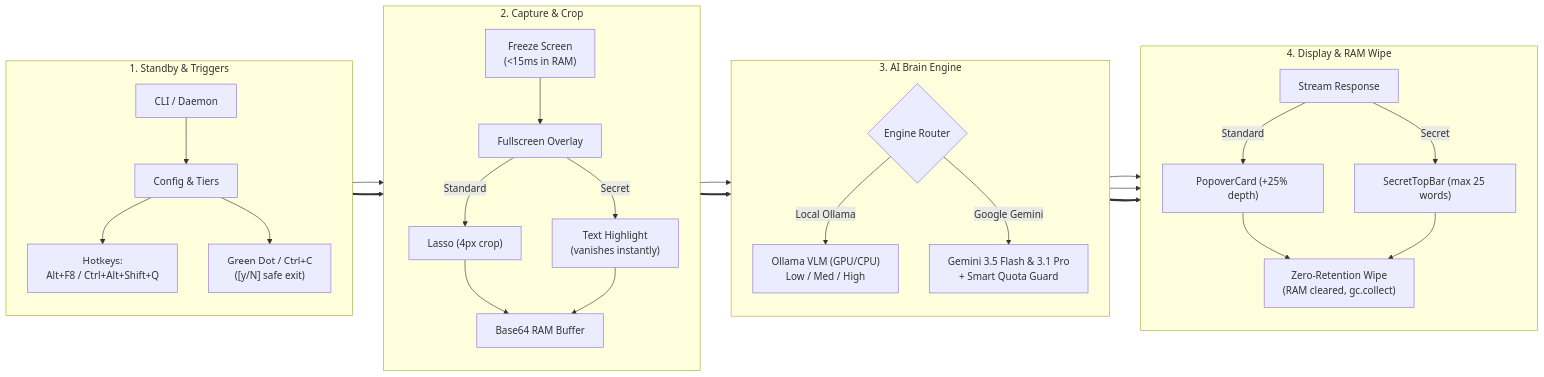
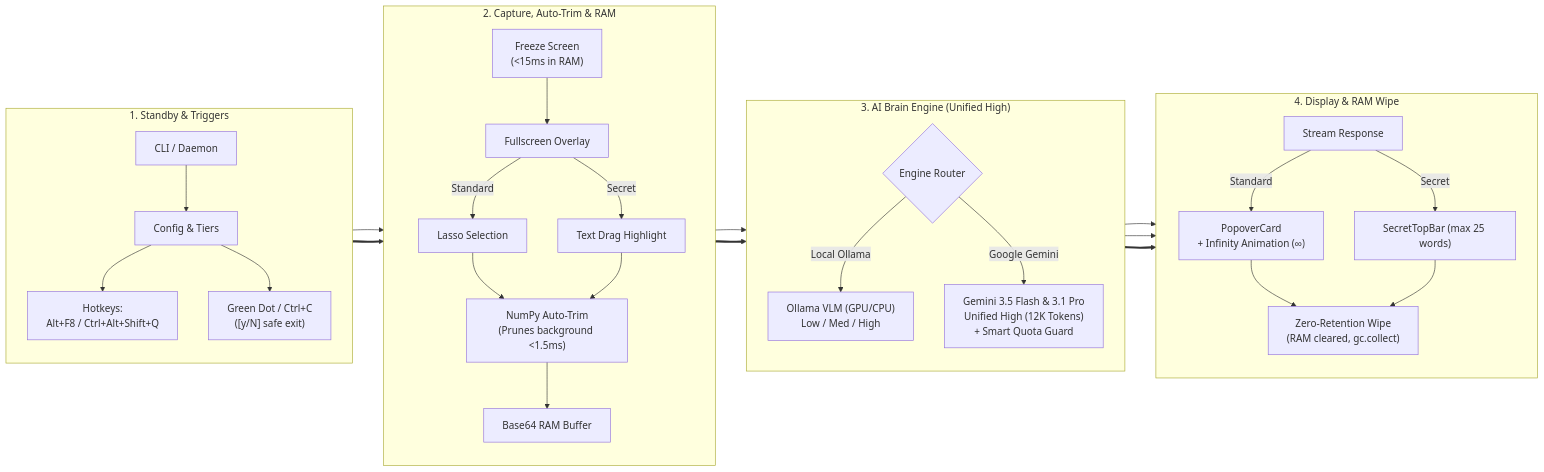
Before and after one commit to Jalop-end/ai-lens: the diagram in README.md, drawn with Mermaid. The commit also changed other lines of this file and 3 other files, not shown here.

Commit message:
feat: unify high thinking across Gemini models, NumPy auto-trim, infinity thinking animation, and 40s watchdog

````diff
--- a/README.md
+++ b/README.md
@@ -271,38 +306,39 @@
 ```mermaid
 flowchart LR
     subgraph S1 ["1. Standby & Triggers"]
         direction TB
         CLI["CLI / Daemon"] --> CFG["Config & Tiers"]
         CFG --> HK["Hotkeys:<br/>Alt+F8 / Ctrl+Alt+Shift+Q"]
         CFG --> DOT["Green Dot / Ctrl+C<br/>([y/N] safe exit)"]
     end
 
-    subgraph S2 ["2. Capture & Crop"]
+    subgraph S2 ["2. Capture, Auto-Trim & RAM"]
         direction TB
         HK --> CAP["Freeze Screen<br/>(&lt;15ms in RAM)"]
         CAP --> OVR["Fullscreen Overlay"]
-        OVR -->|"Standard"| LASSO["Lasso (4px crop)"]
-        OVR -->|"Secret"| RECT["Text Highlight<br/>(vanishes instantly)"]
-        LASSO --> CROP["Base64 RAM Buffer"]
-        RECT --> CROP
+        OVR -->|"Standard"| LASSO["Lasso Selection"]
+        OVR -->|"Secret"| RECT["Text Drag Highlight"]
+        LASSO --> NUMPY["NumPy Auto-Trim<br/>(Prunes background &lt;1.5ms)"]
+        RECT --> NUMPY
+        NUMPY --> CROP["Base64 RAM Buffer"]
     end
 
-    subgraph S3 ["3. AI Brain Engine"]
+    subgraph S3 ["3. AI Brain Engine (Unified High)"]
         direction TB
         CROP --> ROUTE{"Engine Router"}
         ROUTE -->|"Local Ollama"| LOCAL["Ollama VLM (GPU/CPU)<br/>Low / Med / High"]
-        ROUTE -->|"Google Gemini"| CLOUD["Gemini 3.5 Flash & 3.1 Pro<br/>+ Smart Quota Guard"]
+        ROUTE -->|"Google Gemini"| CLOUD["Gemini 3.5 Flash & 3.1 Pro<br/>Unified High (12K Tokens)<br/>+ Smart Quota Guard"]
     end
 
     subgraph S4 ["4. Display & RAM Wipe"]
         direction TB
         LOCAL --> DISP["Stream Response"]
         CLOUD --> DISP
-        DISP -->|"Standard"| POP["PopoverCard (+25% depth)"]
+        DISP -->|"Standard"| POP["PopoverCard<br/>+ Infinity Animation (∞)"]
         DISP -->|"Secret"| BAR["SecretTopBar (max 25 words)"]
         POP --> WIPE["Zero-Retention Wipe<br/>(RAM cleared, gc.collect)"]
         BAR --> WIPE
     end
 
     S1 ==> S2 ==> S3 ==> S4
 ```
````
